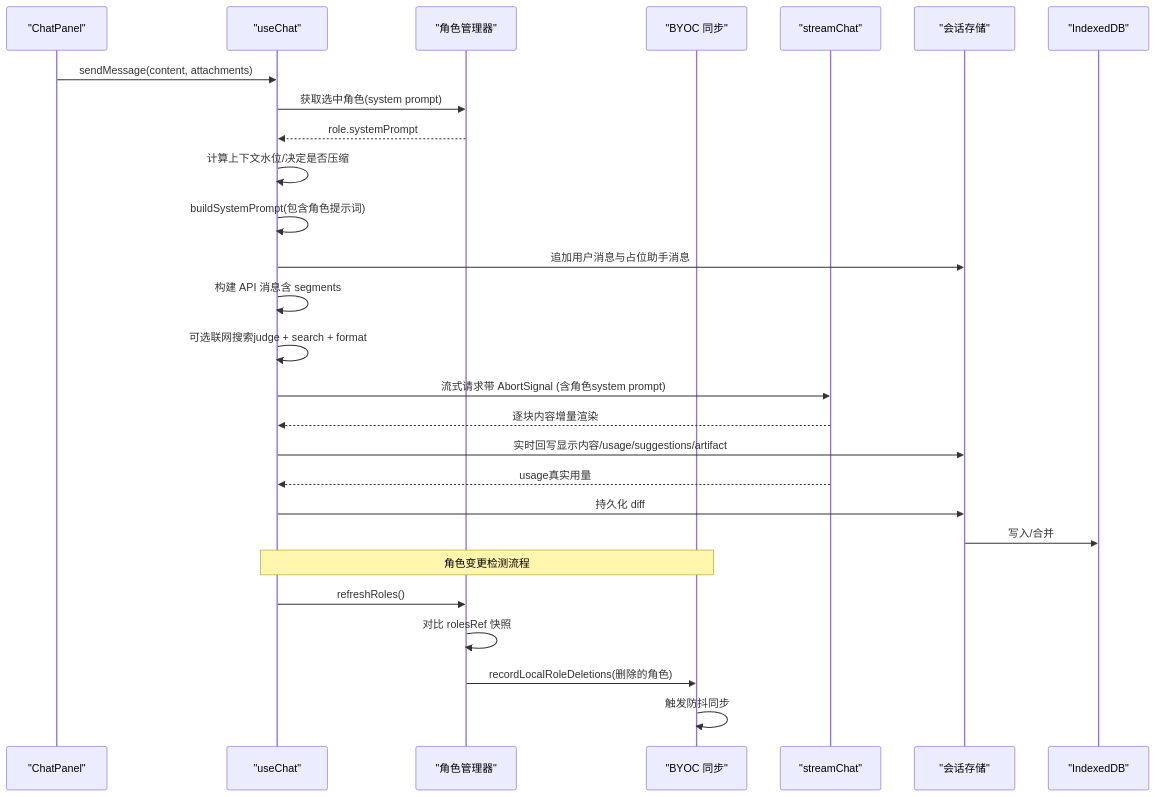
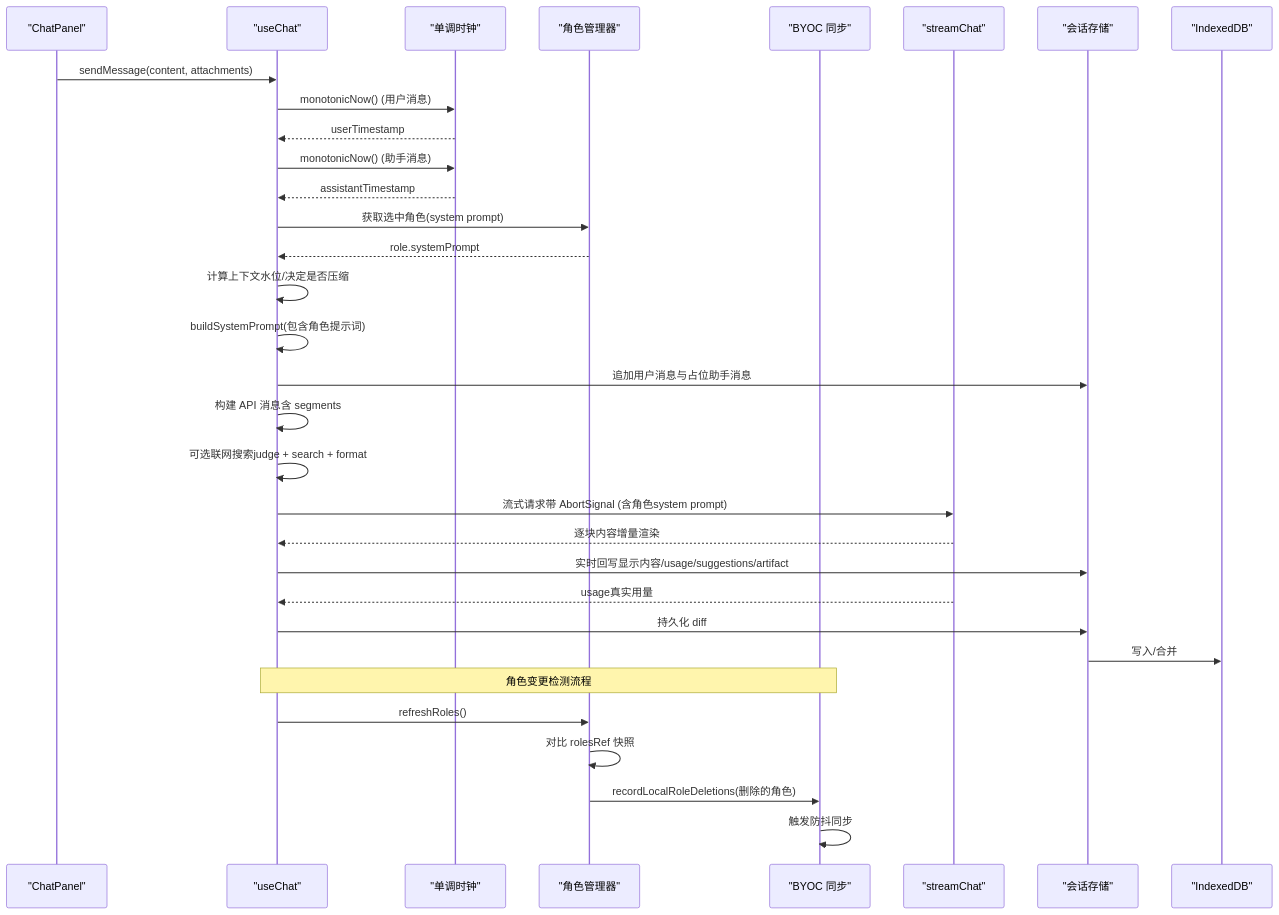
The second of 7 diagrams in .qoder/repowiki/zh/content/聊天模块/聊天状态管理 Hook.md (billye220670/AIShop), drawn with Mermaid before and after one commit. The commit also changed other lines of this file and 149 other files, not shown here.

````diff
--- a/.qoder/repowiki/zh/content/聊天模块/聊天状态管理 Hook.md
+++ b/.qoder/repowiki/zh/content/聊天模块/聊天状态管理 Hook.md
@@ -102,29 +106,34 @@
 ```mermaid
 sequenceDiagram
 participant UI as "ChatPanel"
 participant Hook as "useChat"
+participant Monotonic as "单调时钟"
 participant RoleMgr as "角色管理器"
 participant BYOC as "BYOC 同步"
 participant API as "streamChat"
 participant Store as "会话存储"
 participant DB as "IndexedDB"
 UI->>Hook : sendMessage(content, attachments)
+Hook->>Monotonic : monotonicNow() (用户消息)
+Monotonic-->>Hook : userTimestamp
+Hook->>Monotonic : monotonicNow() (助手消息)
+Monotonic-->>Hook : assistantTimestamp
 Hook->>RoleMgr : 获取选中角色(system prompt)
 RoleMgr-->>Hook : role.systemPrompt
 Hook->>Hook : 计算上下文水位/决定是否压缩
 Hook->>Hook : buildSystemPrompt(包含角色提示词)
 Hook->>Store : 追加用户消息与占位助手消息
 Hook->>Hook : 构建 API 消息含 segments
 Hook->>Hook : 可选联网搜索judge + search + format
 Hook->>API : 流式请求带 AbortSignal (含角色system prompt)
 API-->>Hook : 逐块内容增量渲染
 Hook->>Store : 实时回写显示内容/usage/suggestions/artifact
 API-->>Hook : usage真实用量
 Hook->>Store : 持久化 diff
 Store->>DB : 写入/合并
 Note over Hook,BYOC : 角色变更检测流程
 Hook->>RoleMgr : refreshRoles()
 RoleMgr->>RoleMgr : 对比 rolesRef 快照
 RoleMgr->>BYOC : recordLocalRoleDeletions(删除的角色)
 BYOC->>BYOC : 触发防抖同步
 ```
````
